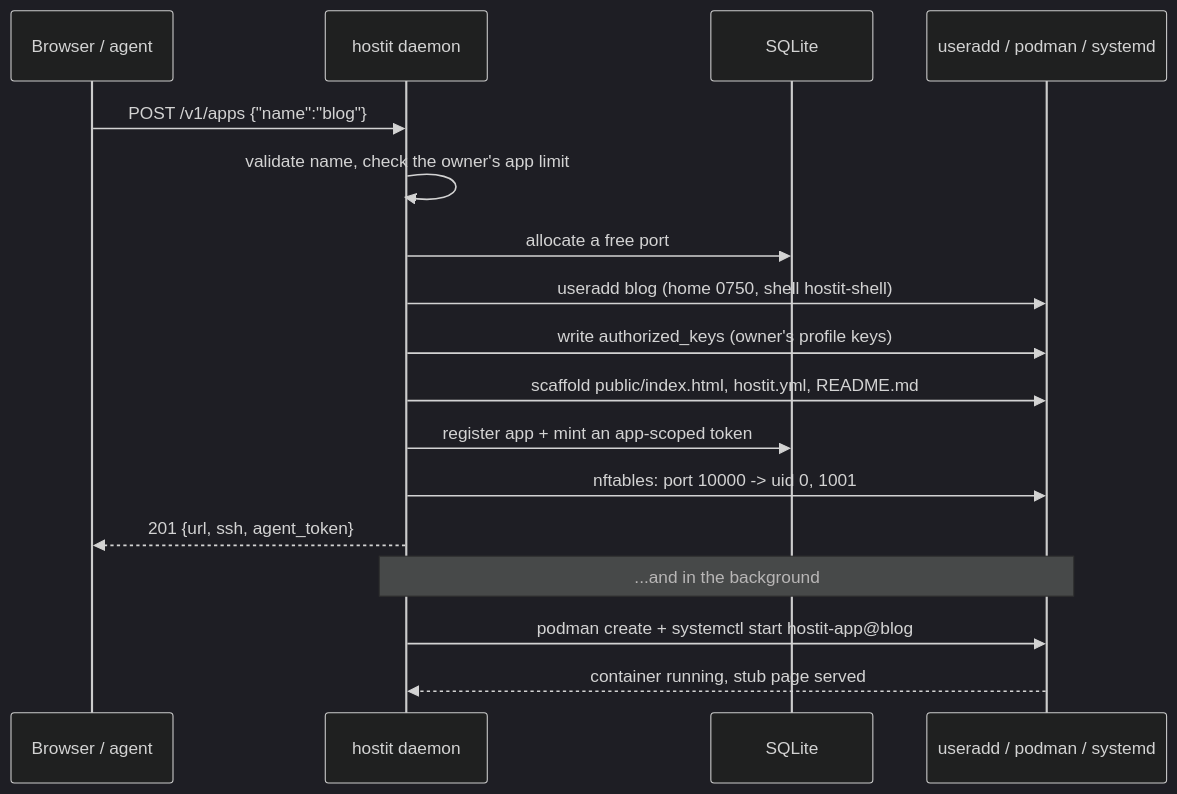
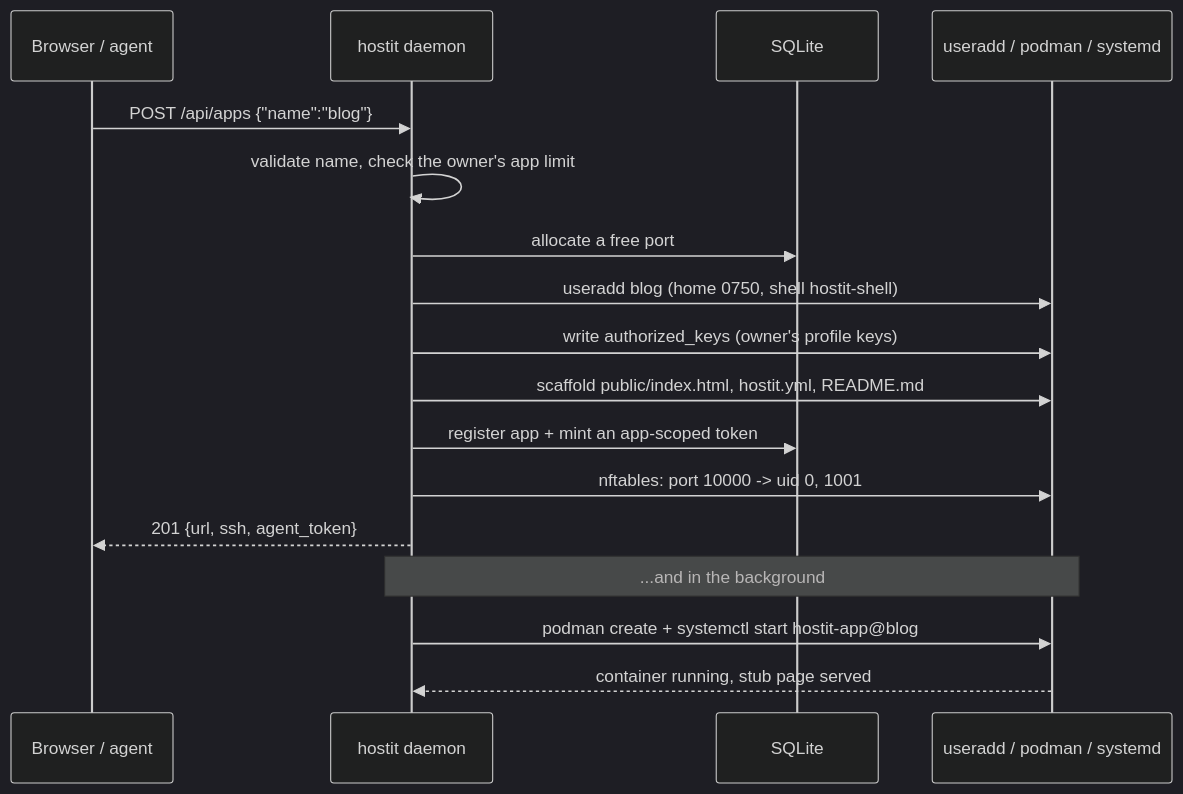
One commit to binwiederhier/hostit changed the third of 7 diagrams in ARCHITECTURE.md. Above: the diagram before and after it, drawn with Mermaid (dark theme). The commit also changed other lines of this file and 47 other files, not shown here.

````diff
--- a/ARCHITECTURE.md
+++ b/ARCHITECTURE.md
@@ -100,21 +100,21 @@
 ```mermaid
 sequenceDiagram
     participant U as Browser / agent
     participant D as hostit daemon
     participant S as SQLite
     participant OS as useradd / podman / systemd
 
-    U->>D: POST /v1/apps {"name":"blog"}
+    U->>D: POST /api/apps {"name":"blog"}
     D->>D: validate name, check the owner's app limit
     D->>S: allocate a free port
     D->>OS: useradd blog (home 0750, shell hostit-shell)
     D->>OS: write authorized_keys (owner's profile keys)
     D->>OS: scaffold public/index.html, hostit.yml, README.md
     D->>S: register app + mint an app-scoped token
     D->>OS: nftables: port 10000 -> uid 0, 1001
     D-->>U: 201 {url, ssh, agent_token}
 
     Note over D,OS: ...and in the background
     D->>OS: podman create + systemctl start hostit-app@blog
     OS-->>D: container running, stub page served
 ```
````
